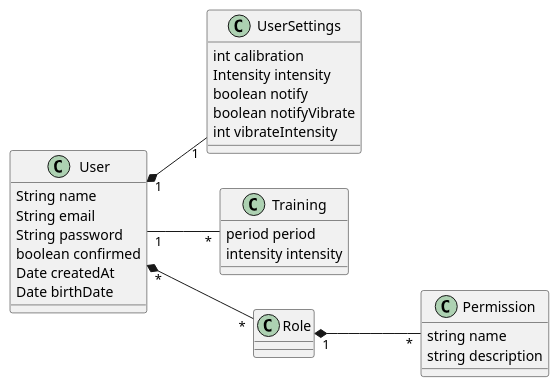
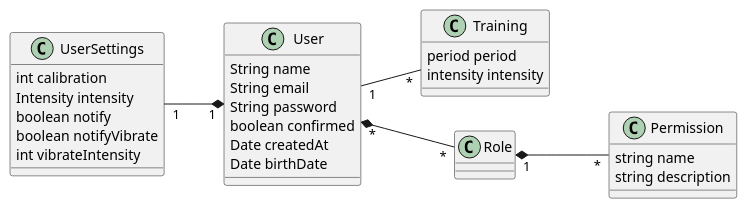
The diagram in domain-model/user.plantuml (TCC-Vertebral-Column-Monitor/doc), drawn with PlantUML before and after one commit.

Commit message:
change user settings direction

```diff
--- a/domain-model/user.plantuml
+++ b/domain-model/user.plantuml
@@ -1,37 +1,37 @@
 @startuml
 left to right direction 
 
-User "1" *-down- "1" UserSettings
+User "1" *-up- "1" UserSettings
 User "1" -- "*"  Training 
 Role "1" *-- "*" Permission 
 User "*" *-- "*" Role 
 class User{
     String name
     String email
     String password
     boolean confirmed
     Date createdAt
     Date birthDate 
   }
 
 class Role {
     
   }
 
 class Permission{
     string name 
     string description 
   }
 
 class UserSettings{
     int calibration 
     Intensity intensity
     boolean notify
     boolean notifyVibrate
     int vibrateIntensity
   }
 class Training{
     period period 
     intensity intensity
   }
 @enduml
```
